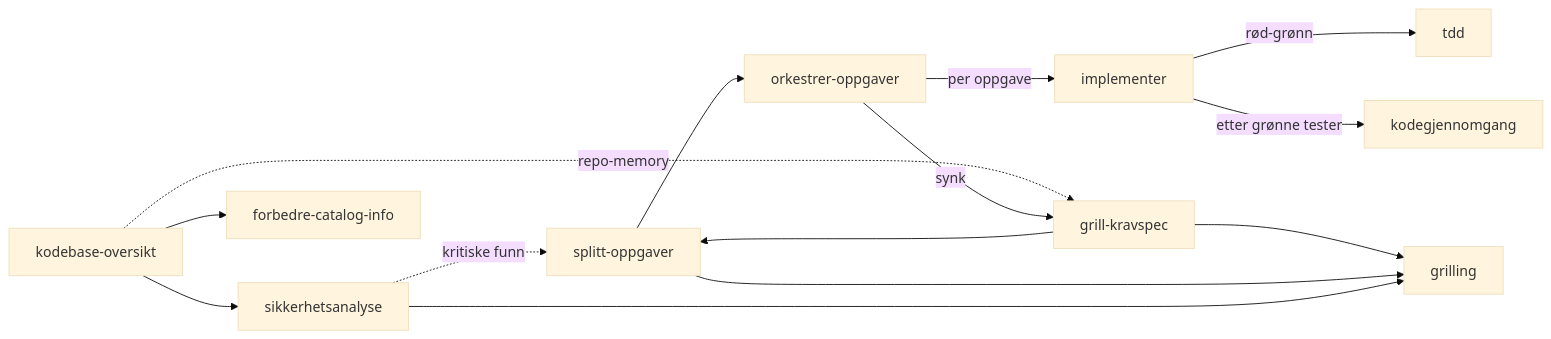
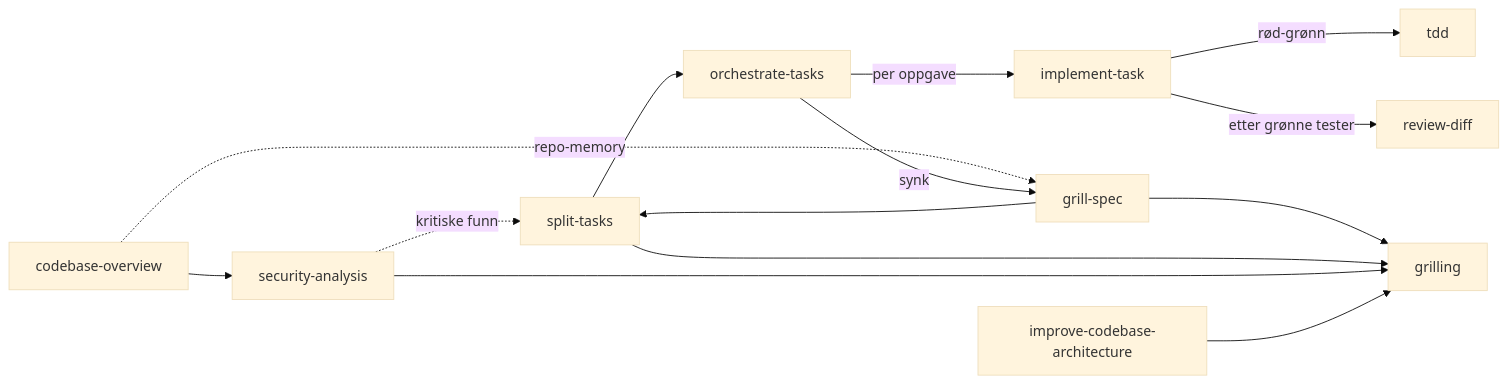
Before and after one commit to erikediner/skills: the diagram in README.md, drawn with Mermaid (base theme). The commit also changed other lines of this file and 32 other files, not shown here.

````diff
--- a/README.md
+++ b/README.md
@@ -60,16 +65,16 @@
 ```mermaid
 flowchart LR
-    KO[kodebase-oversikt] --> SA[sikkerhetsanalyse]
+    KO[codebase-overview] --> SA[security-analysis]
     KO -.->|repo-memory| GK
     SA -.->|kritiske funn| SP
-    KO --> FCI[forbedre-catalog-info]
-    GK[grill-kravspec] --> SP[splitt-oppgaver]
-    SP --> OO[orkestrer-oppgaver]
-    OO -->|per oppgave| IMP[implementer]
+    GK[grill-spec] --> SP[split-tasks]
+    SP --> OO[orchestrate-tasks]
+    OO -->|per oppgave| IMP[implement-task]
     IMP -->|rød-grønn| TDD[tdd]
-    IMP -->|etter grønne tester| KG[kodegjennomgang]
+    IMP -->|etter grønne tester| KG[review-diff]
     OO -->|synk| GK
     GK --> GR[grilling]
     SP --> GR
     SA --> GR
+    ICA[improve-codebase-architecture] --> GR
 ```
````
